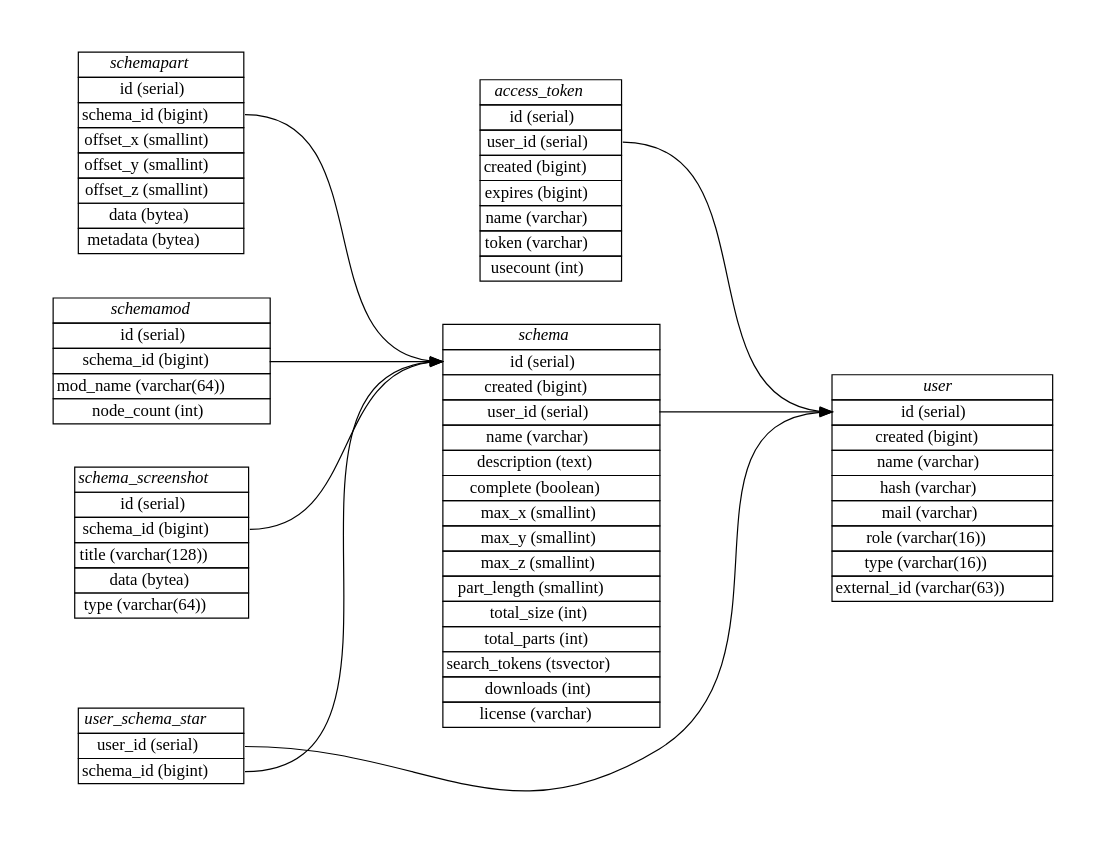
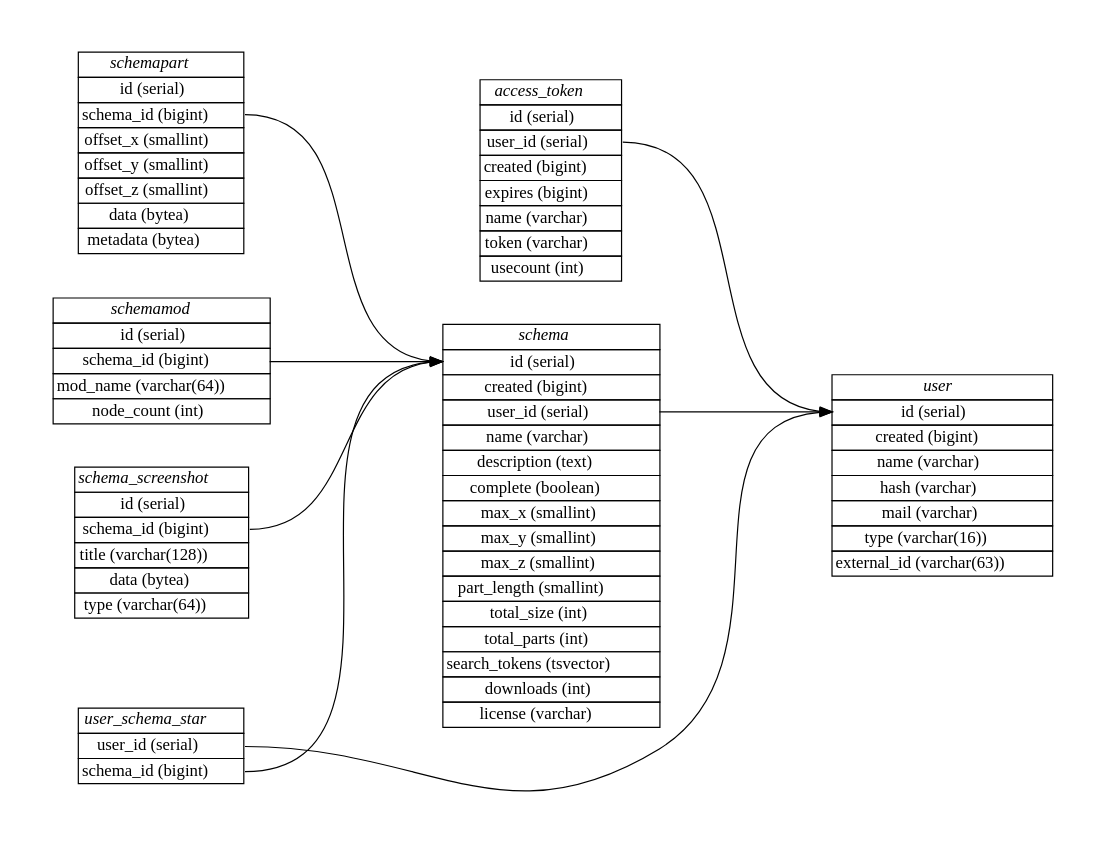
One commit to blockexchange/blockexchange_server changed the diagram in doc/database.dot. Above: the diagram before and after it, drawn with Graphviz. The commit also changed 31 other files, not shown here.

```diff
--- a/doc/database.dot
+++ b/doc/database.dot
@@ -1,97 +1,96 @@
 digraph {
 	graph [pad="0.5", nodesep="0.5", ranksep="2"];
 	node [shape=plain]
 	rankdir=LR;
 
 	user [label=<
 	<table border="0" cellborder="1" cellspacing="0">
 	  <tr><td><i>user</i></td></tr>
 	  <tr><td port="1">id (serial)</td></tr>
 	  <tr><td port="2">created (bigint)</td></tr>
 	  <tr><td port="3">name (varchar)</td></tr>
 	  <tr><td port="4">hash (varchar)</td></tr>
 	  <tr><td port="5">mail (varchar)</td></tr>
-		<tr><td port="5a">role (varchar(16))</td></tr>
 		<tr><td port="5b">type (varchar(16))</td></tr>
 		<tr><td port="5c">external_id (varchar(63))</td></tr>
 	</table>>];
 
 	access_token [label=<
 	<table border="0" cellborder="1" cellspacing="0">
 	  <tr><td><i>access_token</i></td></tr>
 	  <tr><td port="40">id (serial)</td></tr>
 		<tr><td port="41">user_id (serial)</td></tr>
 		<tr><td port="42">created (bigint)</td></tr>
 		<tr><td port="43">expires (bigint)</td></tr>
 	  <tr><td port="44">name (varchar)</td></tr>
 		<tr><td port="45">token (varchar)</td></tr>
 		<tr><td port="46">usecount (int)</td></tr>
 	</table>>];
 
 
 	schema [label=<
 	<table border="0" cellborder="1" cellspacing="0">
 	  <tr><td><i>schema</i></td></tr>
 	  <tr><td port="6">id (serial)</td></tr>
 	  <tr><td port="7">created (bigint)</td></tr>
 	  <tr><td port="8">user_id (serial)</td></tr>
 	  <tr><td port="9">name (varchar)</td></tr>
 	  <tr><td port="10">description (text)</td></tr>
 	  <tr><td port="11">complete (boolean)</td></tr>
 	  <tr><td port="12">max_x (smallint)</td></tr>
 	  <tr><td port="13">max_y (smallint)</td></tr>
 	  <tr><td port="14">max_z (smallint)</td></tr>
 	  <tr><td port="15">part_length (smallint)</td></tr>
 	  <tr><td port="16">total_size (int)</td></tr>
 	  <tr><td port="17">total_parts (int)</td></tr>
 	  <tr><td port="18">search_tokens (tsvector)</td></tr>
 	  <tr><td port="19">downloads (int)</td></tr>
 	  <tr><td port="20">license (varchar)</td></tr>
 	</table>>];
 
 	schemapart [label=<
 	<table border="0" cellborder="1" cellspacing="0">
 	  <tr><td><i>schemapart</i></td></tr>
 	  <tr><td port="22">id (serial)</td></tr>
 	  <tr><td port="23">schema_id (bigint)</td></tr>
 	  <tr><td port="24">offset_x (smallint)</td></tr>
 	  <tr><td port="25">offset_y (smallint)</td></tr>
 	  <tr><td port="26">offset_z (smallint)</td></tr>
 	  <tr><td port="27">data (bytea)</td></tr>
 	  <tr><td port="28">metadata (bytea)</td></tr>
 	</table>>];
 
 	schemamod [label=<
 	<table border="0" cellborder="1" cellspacing="0">
 	  <tr><td><i>schemamod</i></td></tr>
 	  <tr><td port="29">id (serial)</td></tr>
 	  <tr><td port="30">schema_id (bigint)</td></tr>
 	  <tr><td port="31">mod_name (varchar(64))</td></tr>
 	  <tr><td port="32">node_count (int)</td></tr>
 	</table>>];
 
 	user_schema_star [label=<
 	<table border="0" cellborder="1" cellspacing="0">
 	  <tr><td><i>user_schema_star</i></td></tr>
 	  <tr><td port="33">user_id (serial)</td></tr>
 	  <tr><td port="34">schema_id (bigint)</td></tr>
 	</table>>];
 
 	schema_screenshot [label=<
 	<table border="0" cellborder="1" cellspacing="0">
 	  <tr><td><i>schema_screenshot</i></td></tr>
 	  <tr><td port="35">id (serial)</td></tr>
 	  <tr><td port="36">schema_id (bigint)</td></tr>
 	  <tr><td port="37">title (varchar(128))</td></tr>
 	  <tr><td port="38">data (bytea)</td></tr>
 	  <tr><td port="39">type (varchar(64))</td></tr>
 	</table>>];
 
 	schema:8 -> user:1;
 	access_token:41 -> user:1
 	schemapart:23 -> schema:6;
 	schemamod:30 -> schema:6;
 	user_schema_star:33 -> user:1;
 	user_schema_star:34 -> schema:6;
 	schema_screenshot:36 -> schema:6;
 }
```
